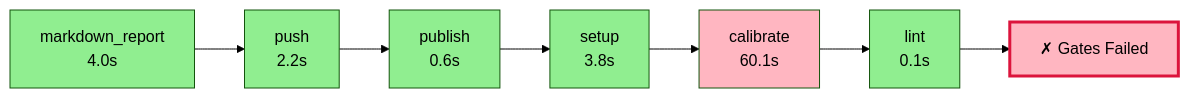
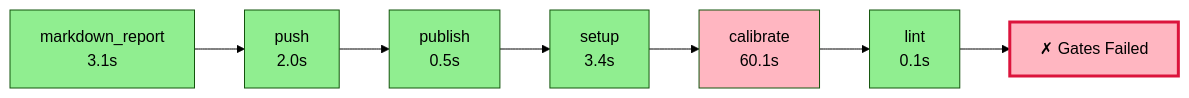
Before and after one commit to wronai/fixos: the diagram in .pyqual/report.md, drawn with Mermaid (forest theme). The commit also changed other lines of this file and 2 other files, not shown here.

````diff
--- a/.pyqual/report.md
+++ b/.pyqual/report.md
@@ -10,23 +10,23 @@
 ```mermaid
 flowchart LR
-    S0["markdown_report<br/>4.0s"]
+    S0["markdown_report<br/>3.1s"]
     style S0 fill:#90EE90
-    S1["push<br/>2.2s"]
+    S1["push<br/>2.0s"]
     style S1 fill:#90EE90
     S0 --> S1
-    S2["publish<br/>0.6s"]
+    S2["publish<br/>0.5s"]
     style S2 fill:#90EE90
     S1 --> S2
-    S3["setup<br/>3.8s"]
+    S3["setup<br/>3.4s"]
     style S3 fill:#90EE90
     S2 --> S3
     S4["calibrate<br/>60.1s"]
     style S4 fill:#FFB6C1
     S3 --> S4
     S5["lint<br/>0.1s"]
     style S5 fill:#90EE90
     S4 --> S5
     G["✗ Gates Failed"]
     style G fill:#FFB6C1,stroke:#DC143C,stroke-width:3px
     S5 --> G
 ```
````
